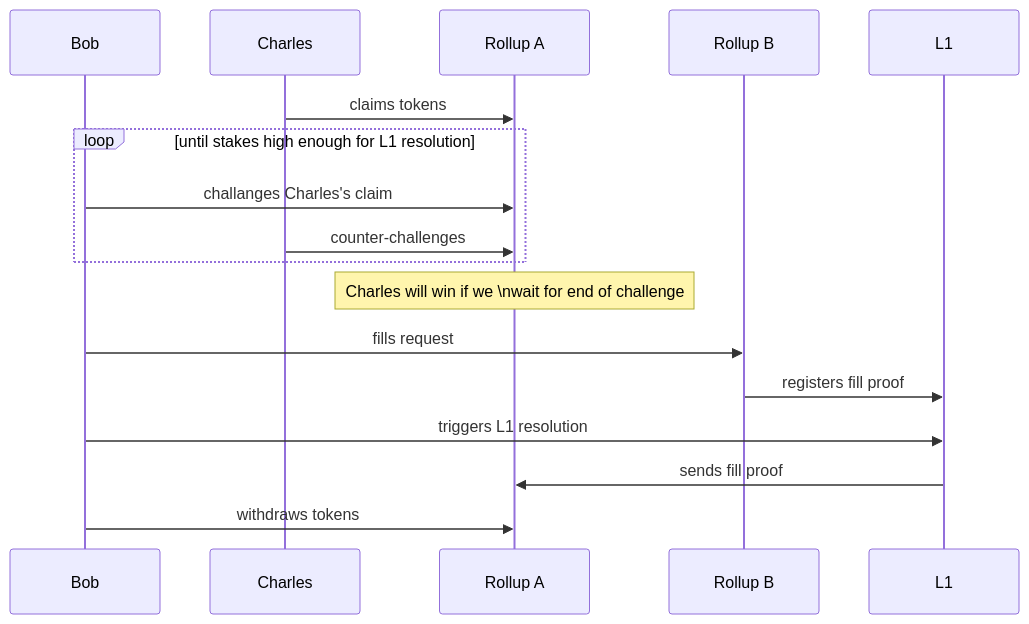
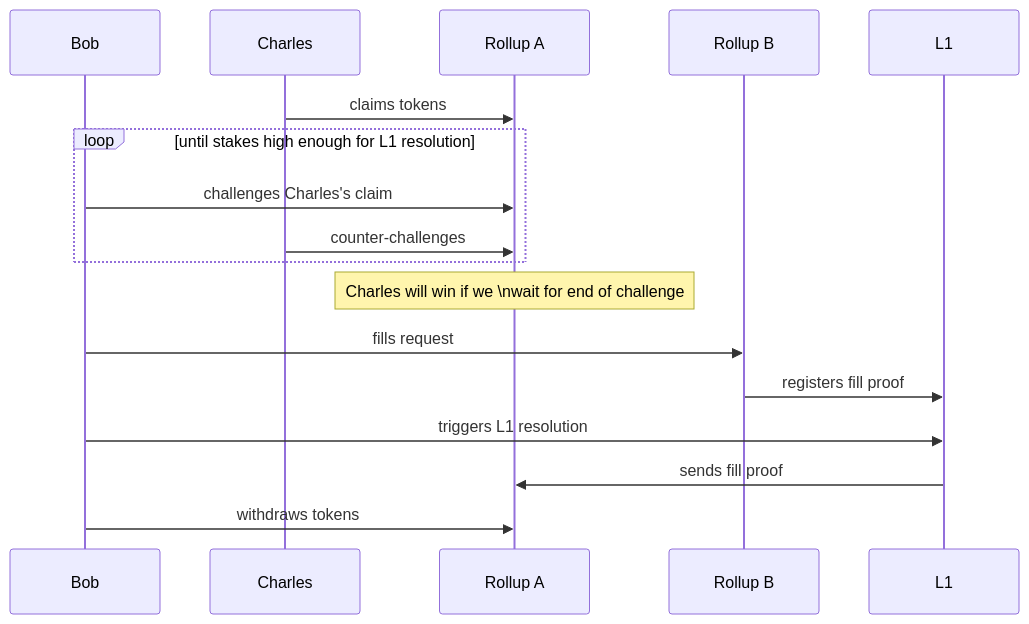
One commit to beamer-bridge/beamer changed the fourth of 4 diagrams in docs/source/whitepaper.rst. Above: the diagram before and after it, drawn with Mermaid. The commit also changed other lines of this file, not shown here.

```diff
--- a/docs/source/whitepaper.rst
+++ b/docs/source/whitepaper.rst
@@ -334,24 +334,24 @@
 .. mermaid::
     :caption: `False Claims Challenge`
 
     sequenceDiagram
 
     participant Bob
     participant Charles
     participant Rollup A
     participant Rollup B
     participant L1
 
     Charles ->>Rollup A: claims tokens
 
     loop until stakes high enough for L1 resolution
-    Bob ->> Rollup A: challanges Charles's claim
+    Bob ->> Rollup A: challenges Charles's claim
     Charles ->> Rollup A: counter-challenges
     end
     note over Rollup A: Charles will win if we \nwait for end of challenge
 
     Bob ->> Rollup B: fills request
     Rollup B ->> L1: registers fill proof
     Bob ->> L1: triggers L1 resolution
     L1 ->> Rollup A: sends fill proof
     Bob ->>Rollup A: withdraws tokens
```
